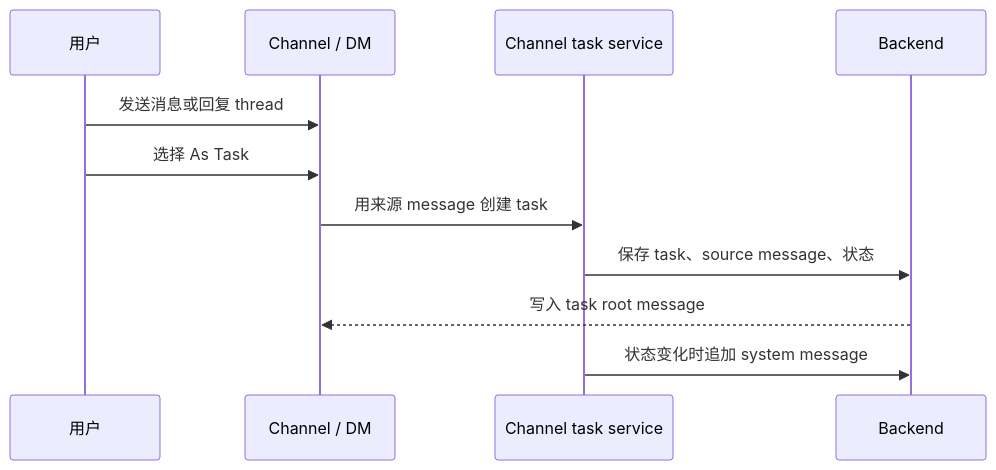
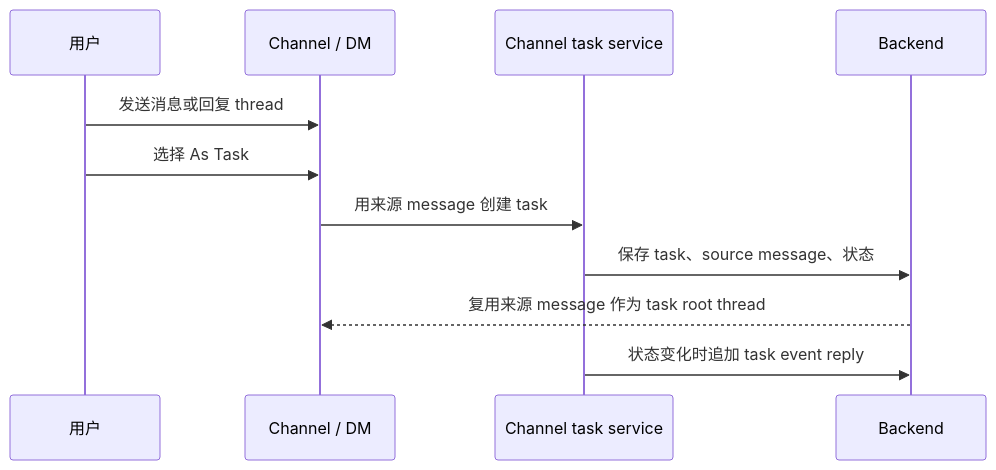
The first of 2 diagrams in content/docs/zh/features/server-collaboration/conversations-and-tasks.mdx (ffy6511/poco-docs-vercel), drawn with Mermaid before and after one commit. The commit also changed other lines of this file and 3 other files, not shown here.

````diff
--- a/content/docs/zh/features/server-collaboration/conversations-and-tasks.mdx
+++ b/content/docs/zh/features/server-collaboration/conversations-and-tasks.mdx
@@ -12,14 +12,14 @@
 ```mermaid
 sequenceDiagram
     participant User as 用户
     participant Channel as Channel / DM
     participant Task as Channel task service
     participant Backend as Backend
 
     User->>Channel: 发送消息或回复 thread
     User->>Channel: 选择 As Task
     Channel->>Task: 用来源 message 创建 task
     Task->>Backend: 保存 task、source message、状态
-    Backend-->>Channel: 写入 task root message
-    Task->>Backend: 状态变化时追加 system message
+    Backend-->>Channel: 复用来源 message 作为 task root thread
+    Task->>Backend: 状态变化时追加 task event reply
 ```
````
